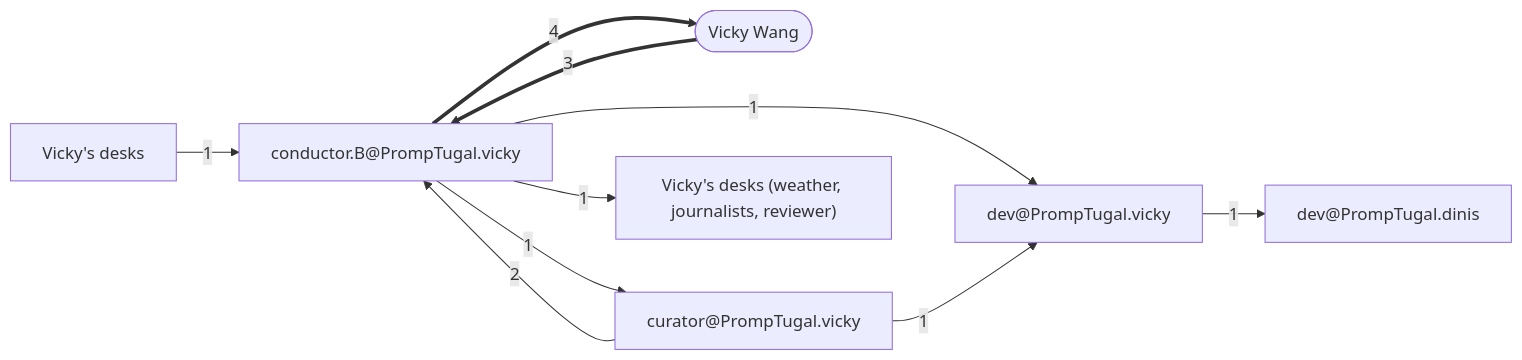
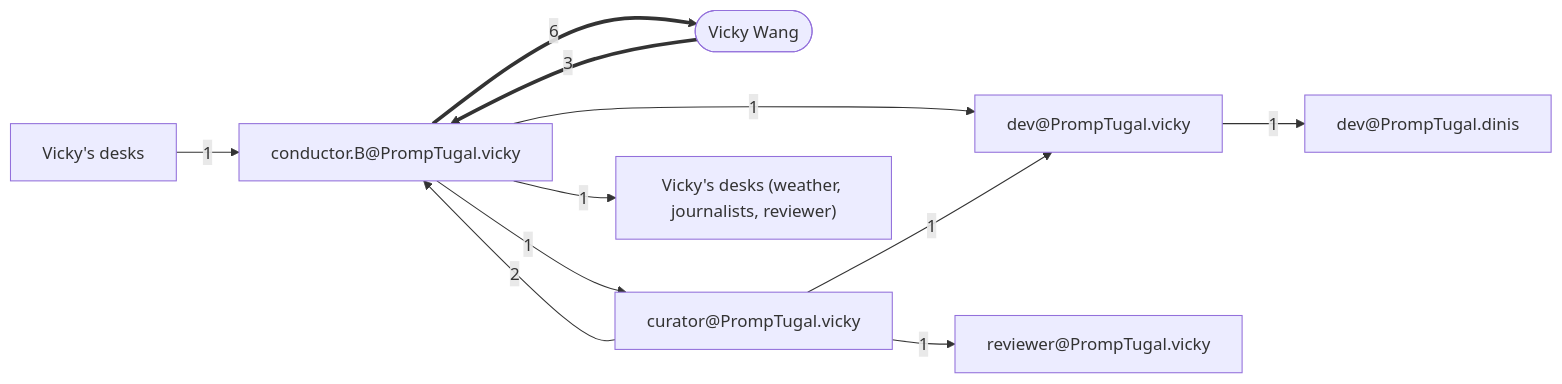
Before and after one commit to PrompTugal/PrompTugal__News__Website: the diagram in board/team/journalist.newsroom/materials/the-categories/flow.mmd, drawn with Mermaid. The commit also changed 24 other files, not shown here.

First line of the commit message:
journalist.newsroom@PrompTugal.dinis: wake 03:58: the storm draft 5, the categories draft 2, the night shift draft 1

```diff
--- a/board/team/journalist.newsroom/materials/the-categories/flow.mmd
+++ b/board/team/journalist.newsroom/materials/the-categories/flow.mmd
@@ -1,17 +1,19 @@
 flowchart LR
   A0["conductor.B@PrompTugal.vicky"]
   A1(["Vicky Wang"])
   A2["curator@PrompTugal.vicky"]
   A3["dev@PrompTugal.vicky"]
   A4["Vicky's desks (weather, journalists, reviewer)"]
   A5["Vicky's desks"]
   A6["dev@PrompTugal.dinis"]
-  A0 ==>|4| A1
+  A7["reviewer@PrompTugal.vicky"]
+  A0 ==>|6| A1
   A0 -->|1| A2
   A0 -->|1| A3
   A2 -->|2| A0
   A1 ==>|3| A0
   A2 -->|1| A3
   A0 -->|1| A4
   A5 -->|1| A0
   A3 -->|1| A6
+  A2 -->|1| A7
```
